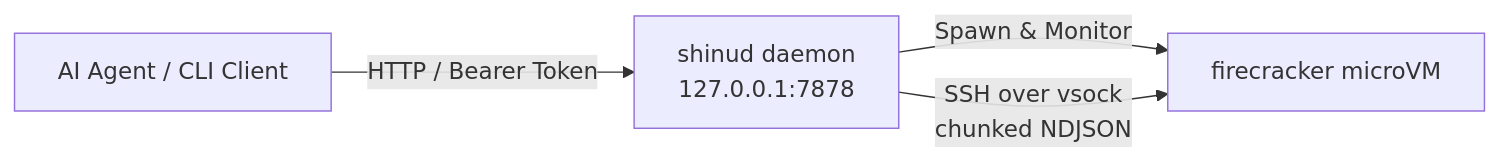
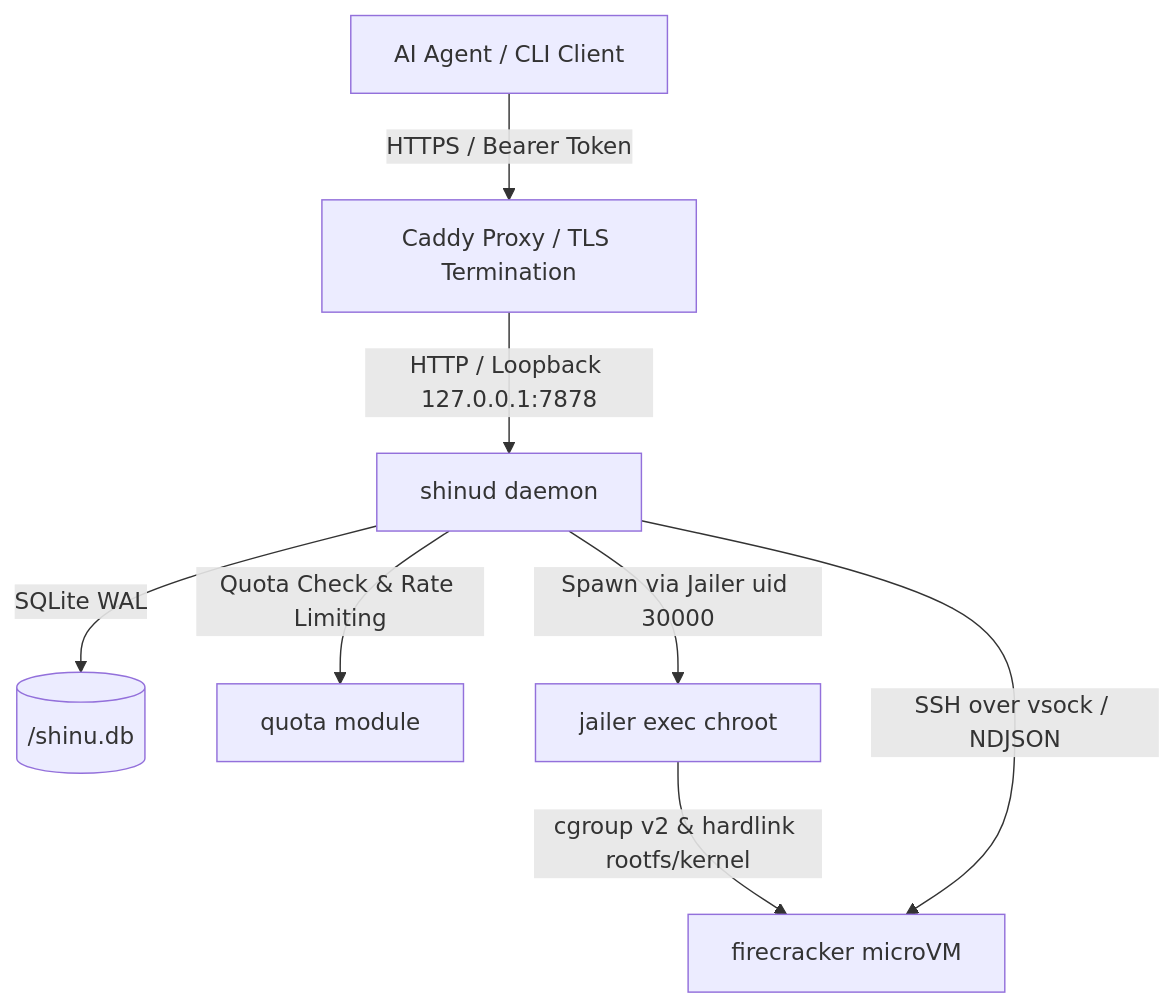
The diagram in AGENTS.md (linze0721/shinu), drawn with Mermaid before and after one commit. The commit also changed other lines of this file and 9 other files, not shown here.

First line of the commit message:
feat!: sandbox microVMs under jailer and meter them per project

````diff
--- a/AGENTS.md
+++ b/AGENTS.md
@@ -15,6 +17,10 @@
 ```mermaid
-graph LR
-  A[AI Agent / CLI Client] -->|HTTP / Bearer Token| S[shinud daemon<br/>127.0.0.1:7878]
-  S -->|Spawn & Monitor| F[firecracker microVM]
-  S -->|SSH over vsock<br/>chunked NDJSON| F
+graph TD
+  Client[AI Agent / CLI Client] -->|HTTPS / Bearer Token| Caddy[Caddy Proxy / TLS Termination]
+  Caddy -->|HTTP / Loopback 127.0.0.1:7878| Daemon[shinud daemon]
+  Daemon -->|SQLite WAL| DB[(<root>/shinu.db)]
+  Daemon -->|Quota Check & Rate Limiting| Quota[quota module]
+  Daemon -->|Spawn via Jailer uid 30000| Jailer[jailer exec chroot]
+  Jailer -->|cgroup v2 & hardlink rootfs/kernel| VM[firecracker microVM]
+  Daemon -->|SSH over vsock / NDJSON| VM
 ```
````
